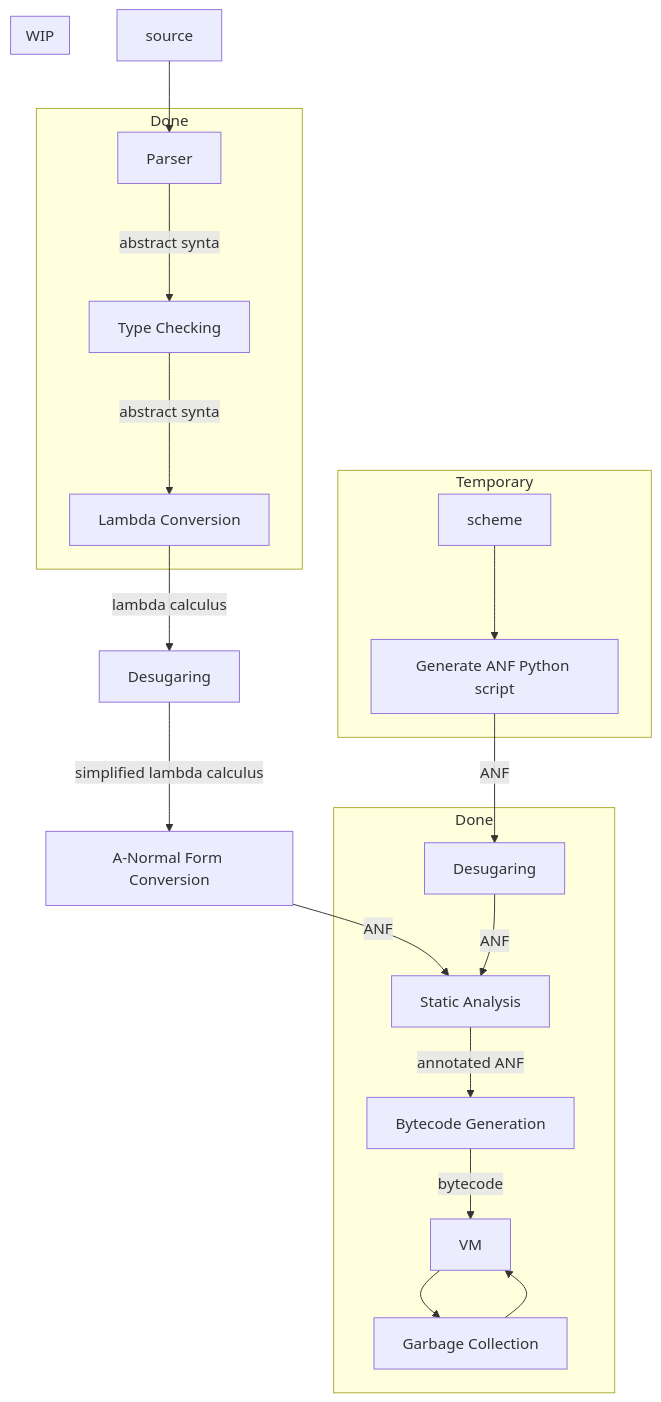
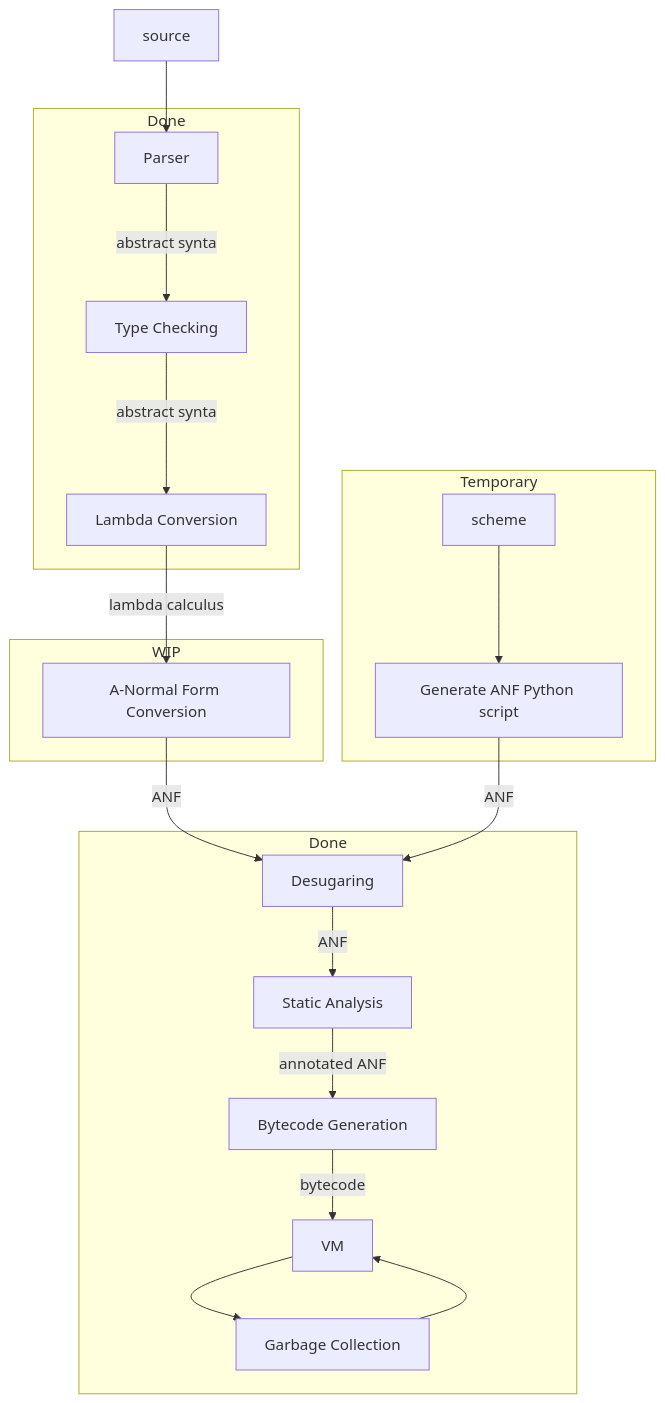
Before and after one commit to billhails/CEKF: the diagram in README.md, drawn with Mermaid.

````diff
--- a/README.md
+++ b/README.md
@@ -63,36 +63,36 @@
 ```mermaid
 flowchart TD
 source -->
 AST[Parser] --abstract syntax-->
 check[Type Checking] --abstract syntax-->
 lambda[Lambda Conversion] --lambda calculus-->
-desugaring1[Desugaring] -- simplified lambda calculus-->
 anf[A-Normal Form Conversion] --ANF-->
+desugaring2[Desugaring]
 static[Static Analysis] --annotated ANF-->
 Bytecode[Bytecode Generation] --bytecode--> VM
 scheme -->
 make_ast[Generate ANF Python script] --ANF-->
-desugaring2[Desugaring] --ANF-->
+desugaring2 --ANF-->
 static
 GC[Garbage Collection] --> VM
 VM --> GC
 subgraph done1[Done]
    desugaring2
    static
    Bytecode
    VM
    GC
 end
 subgraph done2[Done]
    AST
    check
    lambda
 end
 subgraph temp[Temporary]
    scheme
    make_ast
 end
 subgraph WIP
-   lambda
+   anf
 end
 ```
````
